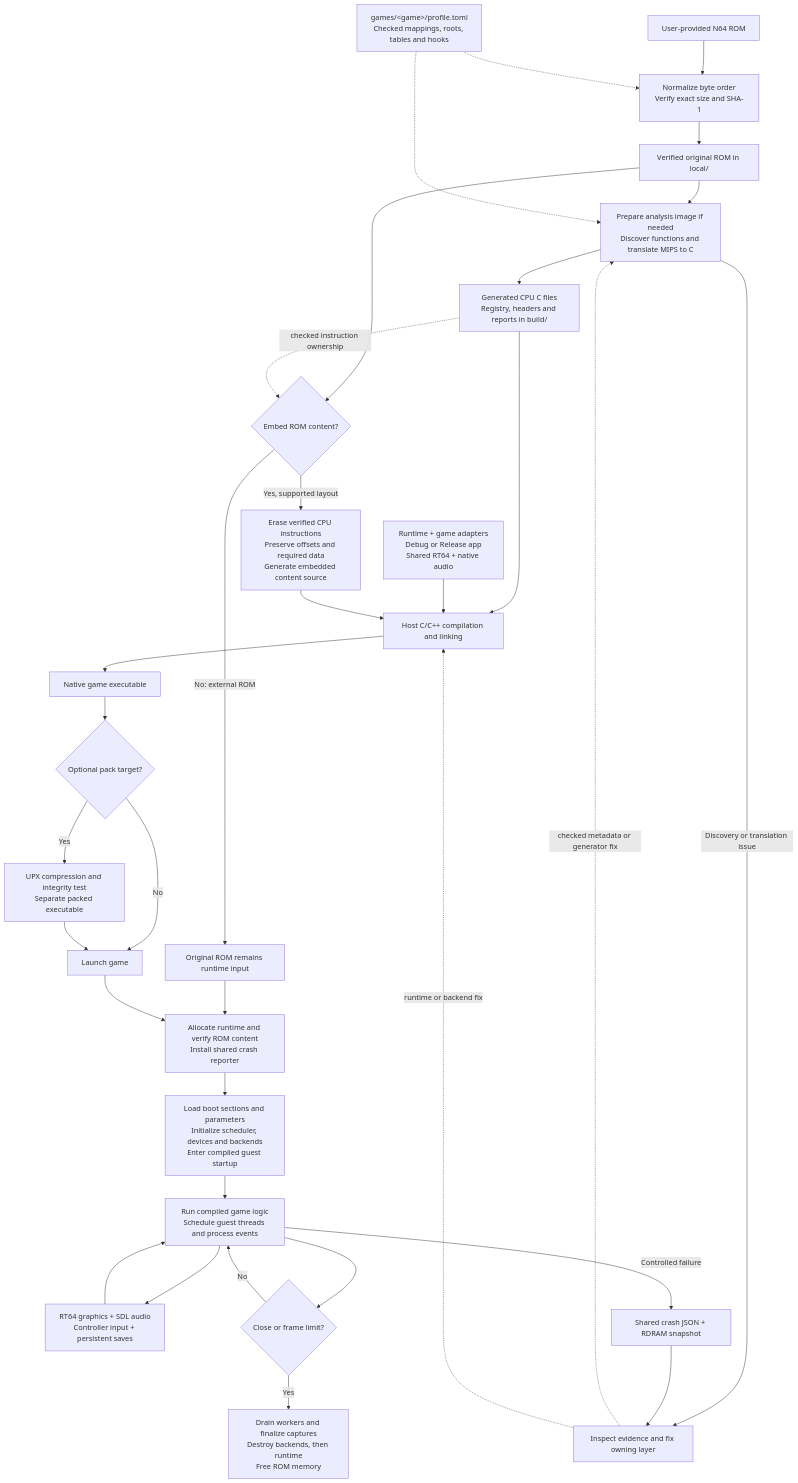
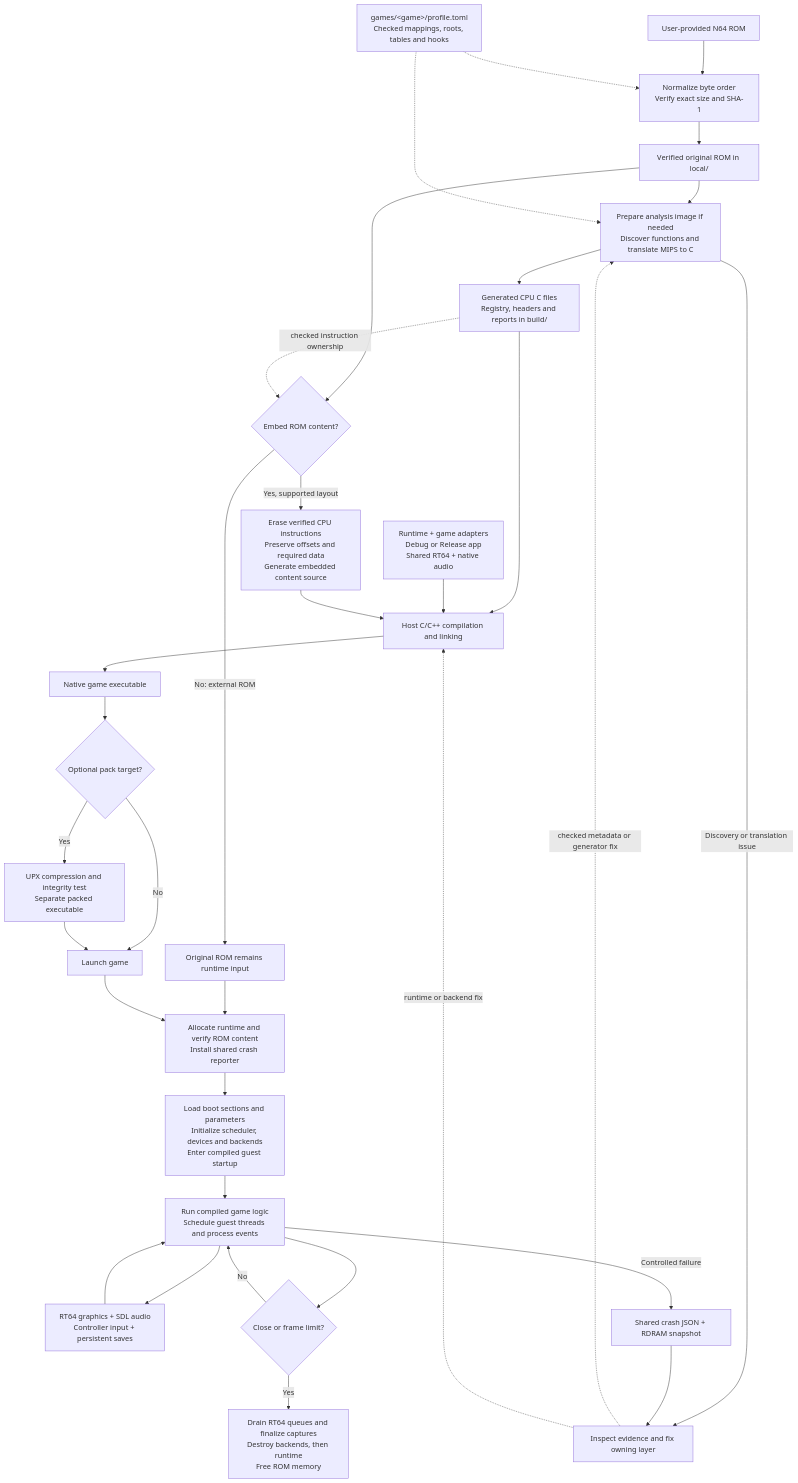
The first of 6 diagrams in docs/process-flow.md (polaco1782/v64recomp), drawn with Mermaid before and after one commit. The commit also changed other lines of this file and 20 other files, not shown here.

````diff
--- a/docs/process-flow.md
+++ b/docs/process-flow.md
@@ -13,35 +13,35 @@
 ```mermaid
 flowchart TD
     ROM["User-provided N64 ROM"] --> Import["Normalize byte order<br/>Verify exact size and SHA-1"]
     Profile["games/&lt;game&gt;/profile.toml<br/>Checked mappings, roots, tables and hooks"] -.-> Import
     Import --> Local["Verified original ROM in local/"]
     Local --> Generate["Prepare analysis image if needed<br/>Discover functions and translate MIPS to C"]
     Profile -.-> Generate
     Generate --> Sources["Generated CPU C files<br/>Registry, headers and reports in build/"]
     Sources --> Compile["Host C/C++ compilation and linking"]
     Shared["Runtime + game adapters<br/>Debug or Release app<br/>Shared RT64 + native audio"] --> Compile
     Local --> Embed{"Embed ROM content?"}
     Sources -. "checked instruction ownership" .-> Embed
     Embed -->|"Yes, supported layout"| Strip["Erase verified CPU instructions<br/>Preserve offsets and required data<br/>Generate embedded content source"]
     Strip --> Compile
     Compile --> Binary["Native game executable"]
     Binary --> Pack{"Optional pack target?"}
     Pack -->|Yes| UPX["UPX compression and integrity test<br/>Separate packed executable"]
     Pack -->|No| Launch["Launch game"]
     UPX --> Launch
     Embed -->|"No: external ROM"| External["Original ROM remains runtime input"]
     External --> Load
     Launch --> Load["Allocate runtime and verify ROM content<br/>Install shared crash reporter"]
     Load --> Boot["Load boot sections and parameters<br/>Initialize scheduler, devices and backends<br/>Enter compiled guest startup"]
     Boot --> Play["Run compiled game logic<br/>Schedule guest threads and process events"]
     Play --> Output["RT64 graphics + SDL audio<br/>Controller input + persistent saves"]
     Output --> Play
     Play --> Exit{"Close or frame limit?"}
     Exit -->|No| Play
-    Exit -->|Yes| Cleanup["Drain workers and finalize captures<br/>Destroy backends, then runtime<br/>Free ROM memory"]
+    Exit -->|Yes| Cleanup["Drain RT64 queues and finalize captures<br/>Destroy backends, then runtime<br/>Free ROM memory"]
     Play -->|"Controlled failure"| Crash["Shared crash JSON + RDRAM snapshot"]
     Generate -->|"Discovery or translation issue"| Review["Inspect evidence and fix owning layer"]
     Crash --> Review
     Review -. "checked metadata or generator fix" .-> Generate
     Review -. "runtime or backend fix" .-> Compile
 ```
````
